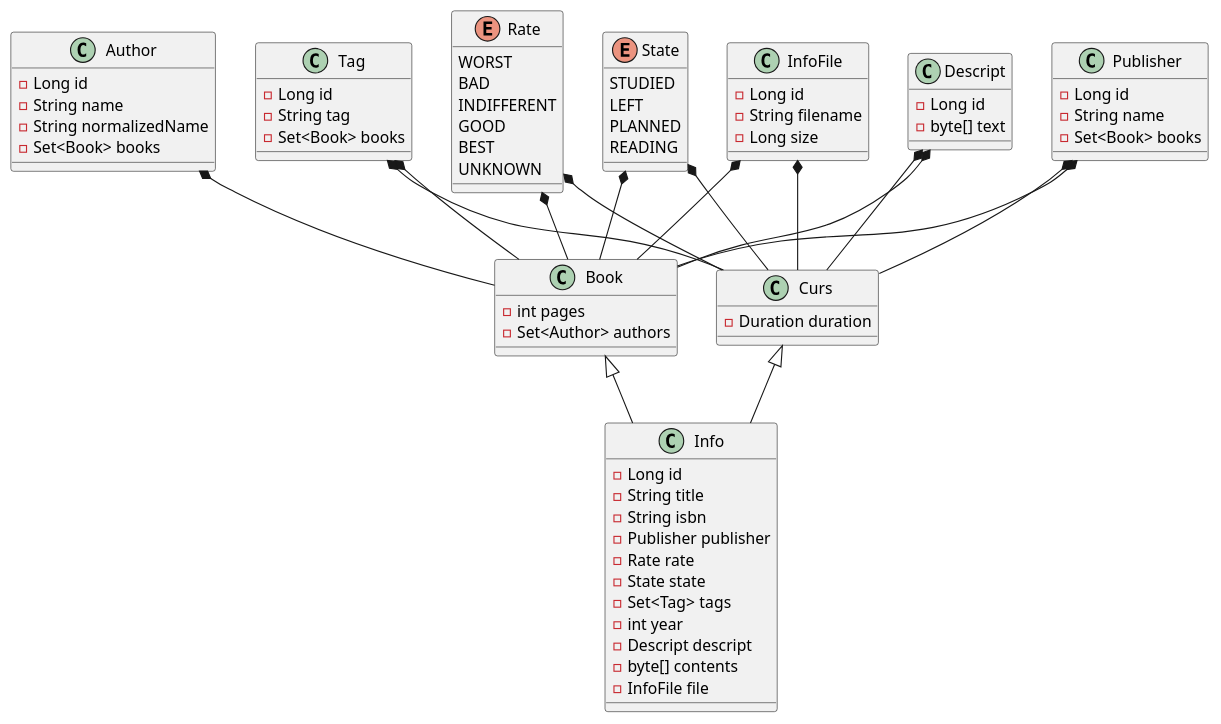
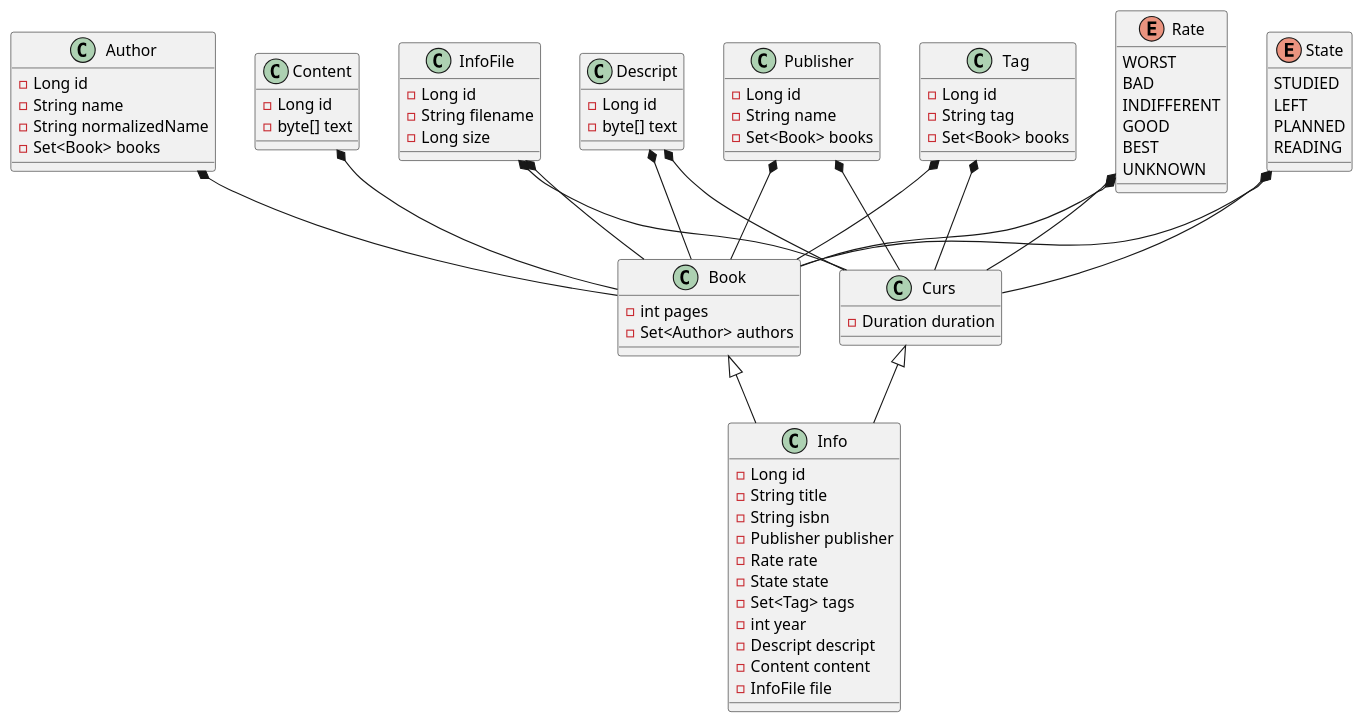
One commit to Iogann1978/ITInfoBack changed the diagram in puml/ClassDiagram.puml. Above: the diagram before and after it, drawn with PlantUML. The commit also changed 2 other files, not shown here.

Commit message:
add content for info

```diff
--- a/puml/ClassDiagram.puml
+++ b/puml/ClassDiagram.puml
@@ -1,79 +1,84 @@
 @startuml
 class Info {
     - Long id
     - String title
     - String isbn
     - Publisher publisher
     - Rate rate
     - State state
     - Set<Tag> tags
     - int year
     - Descript descript
-    - byte[] contents
+    - Content content
     - InfoFile file
 }
 class Book {
     - int pages
     - Set<Author> authors
 }
 class Author {
     - Long id
     - String name
     - String normalizedName
     - Set<Book> books
 }
 class InfoFile {
     - Long id
     - String filename
     - Long size
 }
 class Descript {
+    - Long id
+    - byte[] text
+}
+class Content {
     - Long id
     - byte[] text
 }
 class Publisher {
     - Long id
     - String name
     - Set<Book> books
 }
 class Tag {
     - Long id
     - String tag
     - Set<Book> books
 }
 enum Rate {
     WORST
     BAD
     INDIFFERENT
     GOOD
     BEST
     UNKNOWN
 }
 enum State {
     STUDIED
     LEFT
     PLANNED
     READING
 }
 class Curs {
     - Duration duration
 }
 
 Book <|-- Info
 Curs <|-- Info
 
 Author *-- Book
 InfoFile *-- Book
 Descript *-- Book
+Content *-- Book
 Publisher *-- Book
 Tag *-- Book
 Rate *-- Book
 State *-- Book
 
 InfoFile *-- Curs
 Descript *-- Curs
 Publisher *-- Curs
 Tag *-- Curs
 Rate *-- Curs
 State *-- Curs
 @enduml
```
